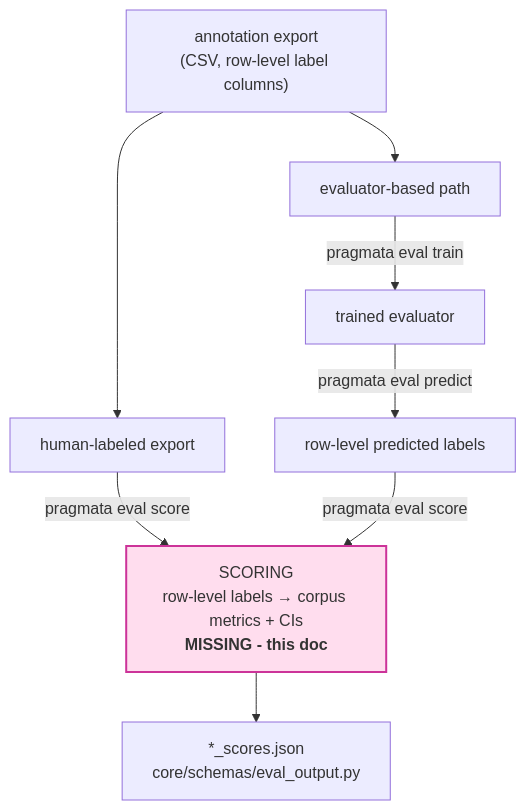
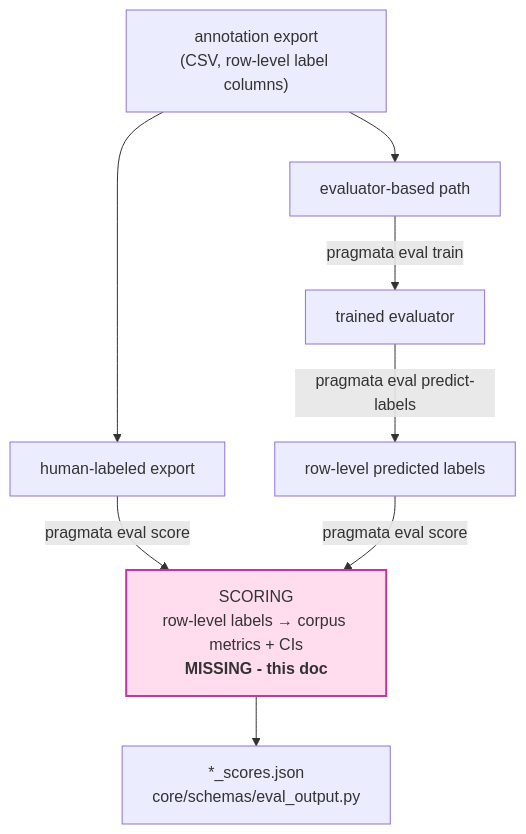
Before and after one commit to bertelsmannstift/pragmata: the first of 2 diagrams in docs/design/eval-scoring-metrics.md, drawn with Mermaid. The commit also changed other lines of this file and 1 other file, not shown here.

Commit message:
docs(eval): use the real predict-labels command name

````diff
--- a/docs/design/eval-scoring-metrics.md
+++ b/docs/design/eval-scoring-metrics.md
@@ -16,14 +16,14 @@
 ```mermaid
 flowchart TD
     export["annotation export<br/>(CSV, row-level label columns)"]
     export --> human["human-labeled export"]
     export --> evalpath["evaluator-based path"]
     evalpath -->|"pragmata eval train"| trained["trained evaluator"]
-    trained -->|"pragmata eval predict"| predicted["row-level predicted labels"]
+    trained -->|"pragmata eval predict-labels"| predicted["row-level predicted labels"]
     human -->|"pragmata eval score"| score
     predicted -->|"pragmata eval score"| score["SCORING<br/>row-level labels → corpus metrics + CIs<br/><b>MISSING - this doc</b>"]
     score --> out["*_scores.json<br/>core/schemas/eval_output.py"]
 
     classDef missing fill:#fde,stroke:#c39,stroke-width:2px;
     class score missing;
 ```
````
